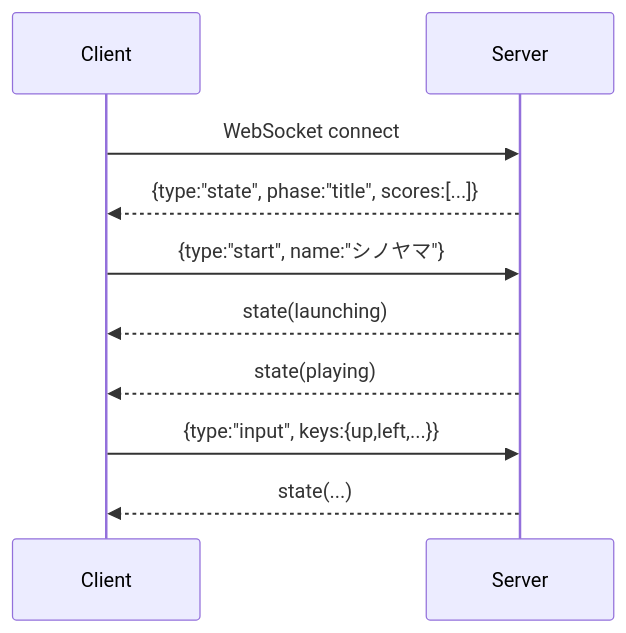
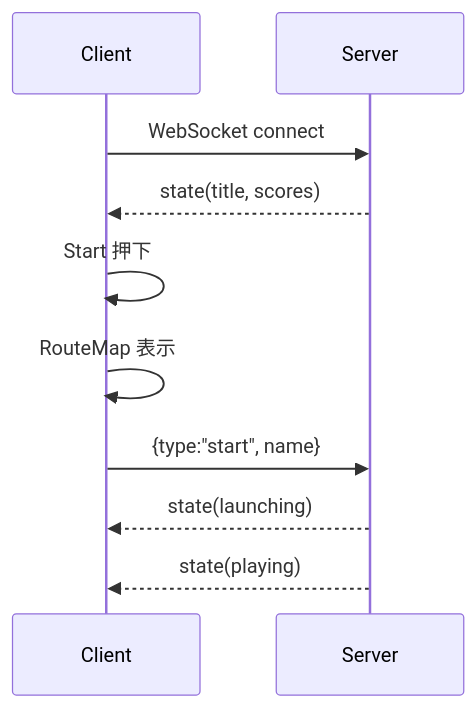
Before and after one commit to ssnshino/rust-sandbox: the first of 4 diagrams in docs/truckers.md, drawn with Mermaid. The commit also changed other lines of this file and 7 other files, not shown here.

Commit message:
feat(truckers): add delivery economy and lap flow docs

````diff
--- a/docs/truckers.md
+++ b/docs/truckers.md
@@ -166,13 +175,13 @@
 ```mermaid
 sequenceDiagram
     participant C as Client
     participant S as Server
 
     C->>S: WebSocket connect
-    S-->>C: {type:"state", phase:"title", scores:[...]}
-    C->>S: {type:"start", name:"シノヤマ"}
+    S-->>C: state(title, scores)
+    C->>C: Start 押下
+    C->>C: RouteMap 表示
+    C->>S: {type:"start", name}
     S-->>C: state(launching)
     S-->>C: state(playing)
-    C->>S: {type:"input", keys:{up,left,...}}
-    S-->>C: state(...)
 ```
````
